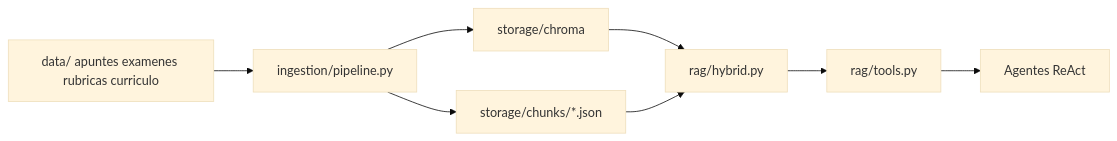
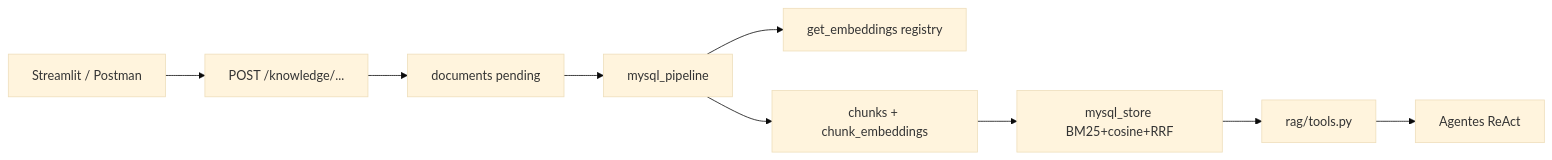
One commit to DavidLeonP/Orquestacion-Agentes changed the first of 2 diagrams in docs/implementacion.md. Above: the diagram before and after it, drawn with Mermaid (base theme). The commit also changed other lines of this file and 9 other files, not shown here.

First line of the commit message:
Update docs: JWT API, Streamlit UI, MySQL KB architecture

````diff
--- a/docs/implementacion.md
+++ b/docs/implementacion.md
@@ -64,10 +68,11 @@
 ```mermaid
 flowchart LR
-    Docs["data/ apuntes examenes rubricas curriculo"] --> Pipeline["ingestion/pipeline.py"]
-    Pipeline --> Chroma["storage/chroma"]
-    Pipeline --> Chunks["storage/chunks/*.json"]
-    Chroma --> Hybrid["rag/hybrid.py"]
-    Chunks --> Hybrid
+    UI["Streamlit / Postman"] --> API["POST /knowledge/..."]
+    API --> Docs["documents pending"]
+    Docs --> Pipe["mysql_pipeline"]
+    Pipe --> Emb["get_embeddings registry"]
+    Pipe --> MySQL["chunks + chunk_embeddings"]
+    MySQL --> Hybrid["mysql_store BM25+cosine+RRF"]
     Hybrid --> Tools["rag/tools.py"]
     Tools --> Agents["Agentes ReAct"]
 ```
````
